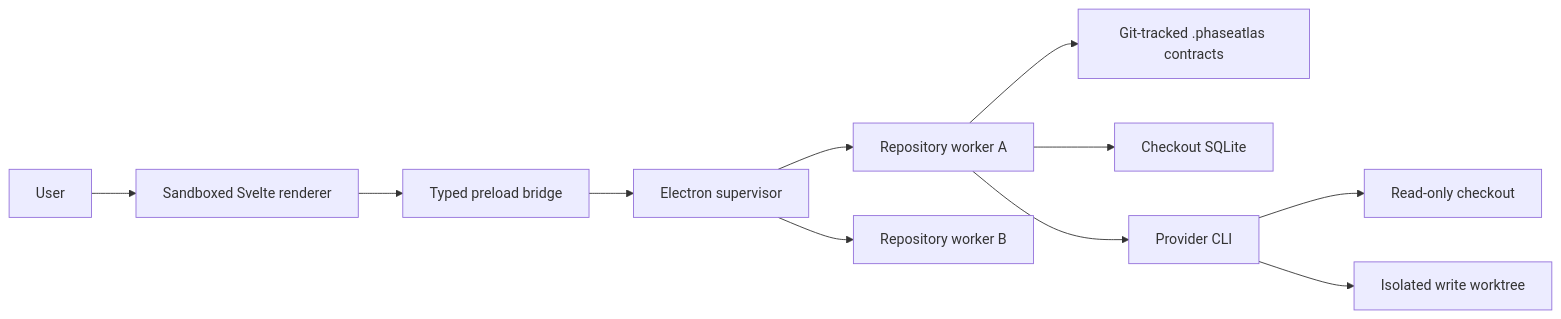
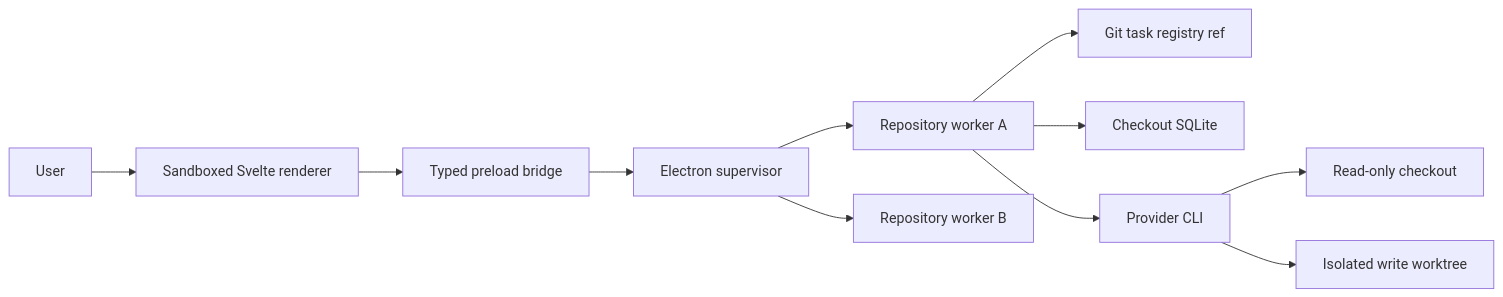
The diagram in README.md (ketvietlab/phaseatlas), drawn with Mermaid before and after one commit. The commit also changed other lines of this file and 81 other files, not shown here.

````diff
--- a/README.md
+++ b/README.md
@@ -180,13 +186,13 @@
 ```mermaid
 flowchart LR
   User["User"] --> UI["Sandboxed Svelte renderer"]
   UI --> Bridge["Typed preload bridge"]
   Bridge --> Main["Electron supervisor"]
   Main --> WorkerA["Repository worker A"]
   Main --> WorkerB["Repository worker B"]
-  WorkerA --> ContractsA["Git-tracked .phaseatlas contracts"]
+  WorkerA --> ContractsA["Git task registry ref"]
   WorkerA --> StoreA["Checkout SQLite"]
   WorkerA --> AgentA["Provider CLI"]
   AgentA --> ReadOnly["Read-only checkout"]
   AgentA --> Worktree["Isolated write worktree"]
 ```
````
